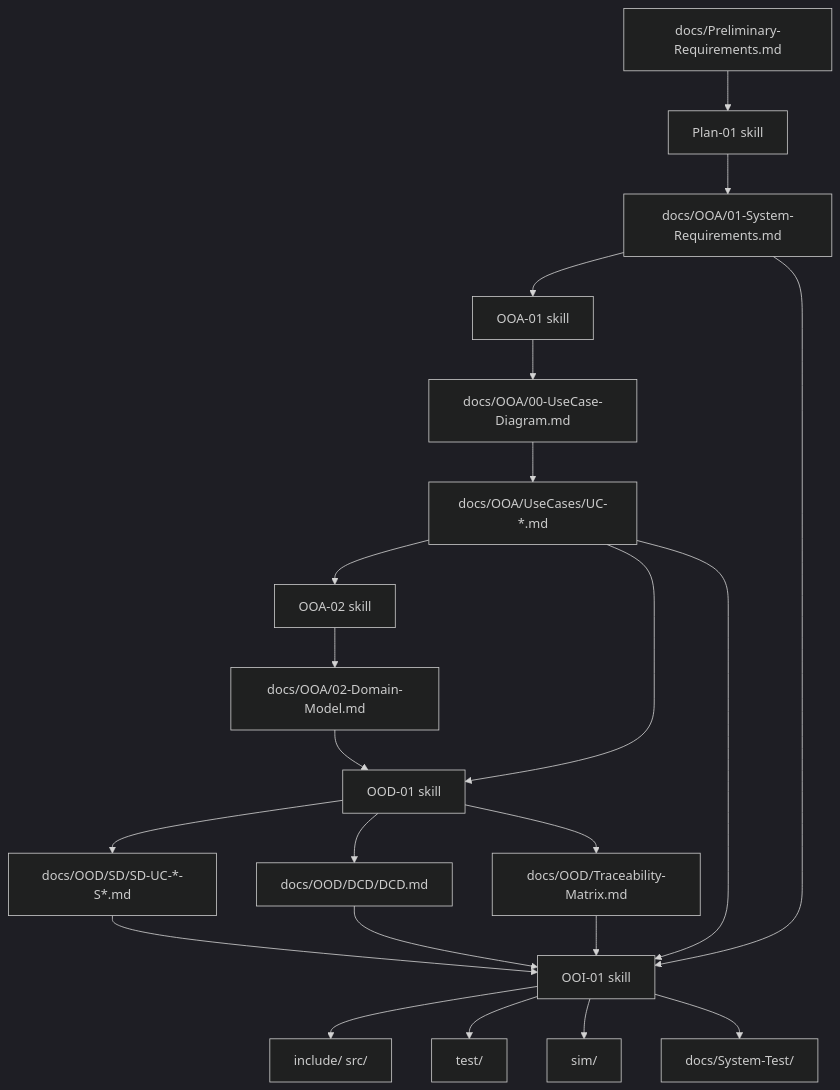
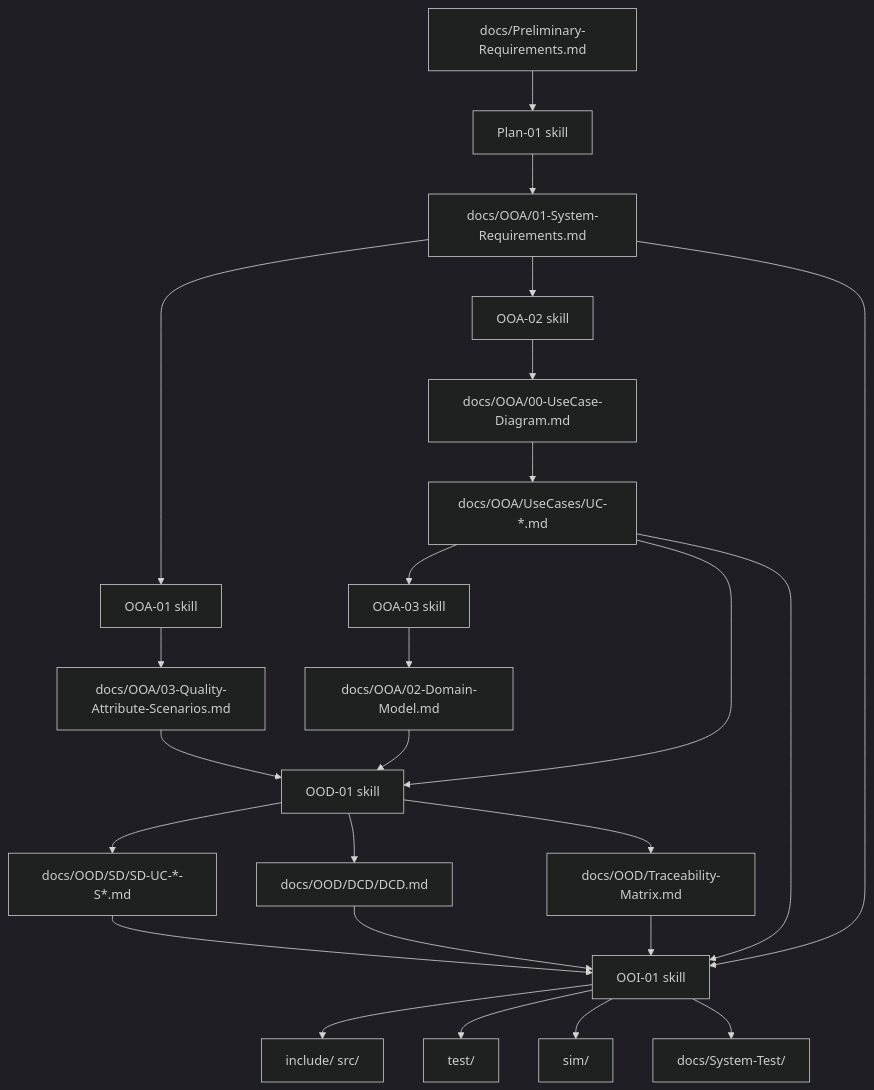
Before and after one commit to yul2yak/rvc_control_ooad: the diagram in docs/README.md, drawn with Mermaid (dark theme). The commit also changed other lines of this file and 5 other files, not shown here.

````diff
--- a/docs/README.md
+++ b/docs/README.md
@@ -7,24 +7,27 @@
 ```mermaid
 flowchart TD
   PR[docs/Preliminary-Requirements.md] --> Plan[Plan-01 skill]
   Plan --> SR[docs/OOA/01-System-Requirements.md]
-  SR --> UC[OOA-01 skill]
+  SR --> QA[OOA-01 skill]
+  QA --> QASdoc[docs/OOA/03-Quality-Attribute-Scenarios.md]
+  SR --> UC[OOA-02 skill]
   UC --> UCD[docs/OOA/00-UseCase-Diagram.md]
   UCD --> UCs[docs/OOA/UseCases/UC-*.md]
-  UCs --> DM[OOA-02 skill]
+  UCs --> DM[OOA-03 skill]
   DM --> DMdoc[docs/OOA/02-Domain-Model.md]
   UCs --> OOD[OOD-01 skill]
   DMdoc --> OOD
+  QASdoc --> OOD
   OOD --> SD[docs/OOD/SD/SD-UC-*-S*.md]
   OOD --> DCD[docs/OOD/DCD/DCD.md]
   OOD --> TM[docs/OOD/Traceability-Matrix.md]
   SD --> OOI[OOI-01 skill]
   DCD --> OOI
   TM --> OOI
   SR --> OOI
   UCs --> OOI
   OOI --> Code[include/ src/]
   OOI --> Test[test/]
   OOI --> Sim[sim/]
   OOI --> ST[docs/System-Test/]
 ```
````
